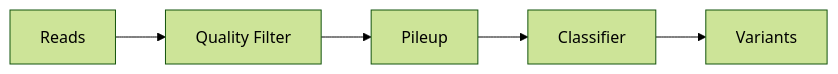
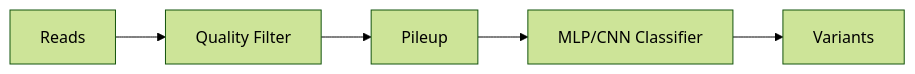
Before and after one commit to avitai/DiffBio: the diagram in docs/examples/advanced/variant-calling.md, drawn with Mermaid (forest theme). The commit also changed other lines of this file and 99 other files, not shown here.

````diff
--- a/docs/examples/advanced/variant-calling.md
+++ b/docs/examples/advanced/variant-calling.md
@@ -13,7 +13,7 @@
 ```mermaid
 graph LR
     A[Reads] --> B[Quality Filter]
     B --> C[Pileup]
-    C --> D[Classifier]
+    C --> D[MLP/CNN Classifier]
     D --> E[Variants]
 ```
````
